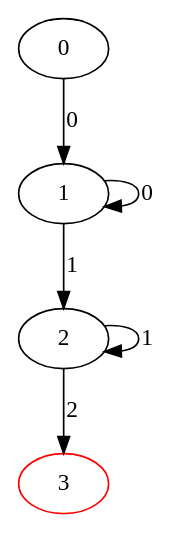
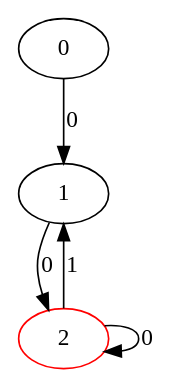
The diagram in det/det/output.dot (fedjakova-anastasija/TofAandFL), drawn with Graphviz before and after one commit. The commit also changed 12 other files, not shown here.

```diff
--- a/det/det/output.dot
+++ b/det/det/output.dot
@@ -1,11 +1,9 @@
 digraph Avtomatic {
 0
 1
-2
-3 [color = red]
+2 [color = red]
 	0->1[label=0]
-	1->1[label=0]
-	1->2[label=1]
-	2->2[label=1]
-	2->3[label=2]
+	1->2[label=0]
+	2->2[label=0]
+	2->1[label=1]
 }
```
